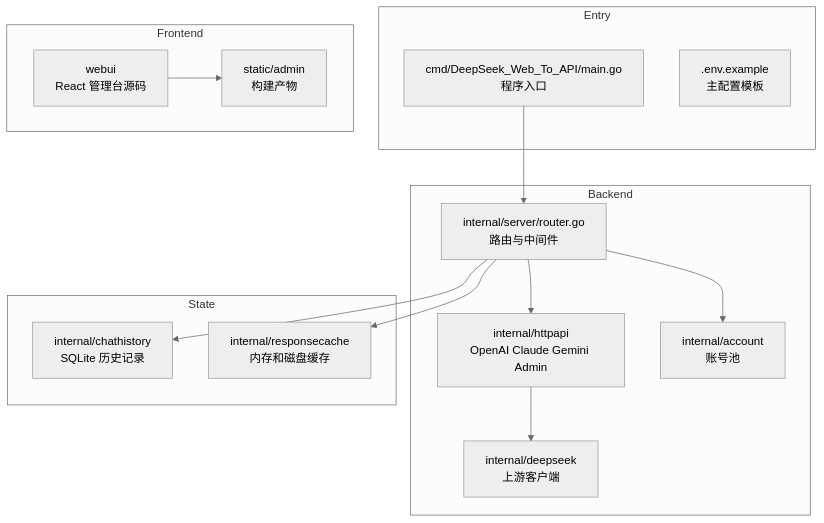
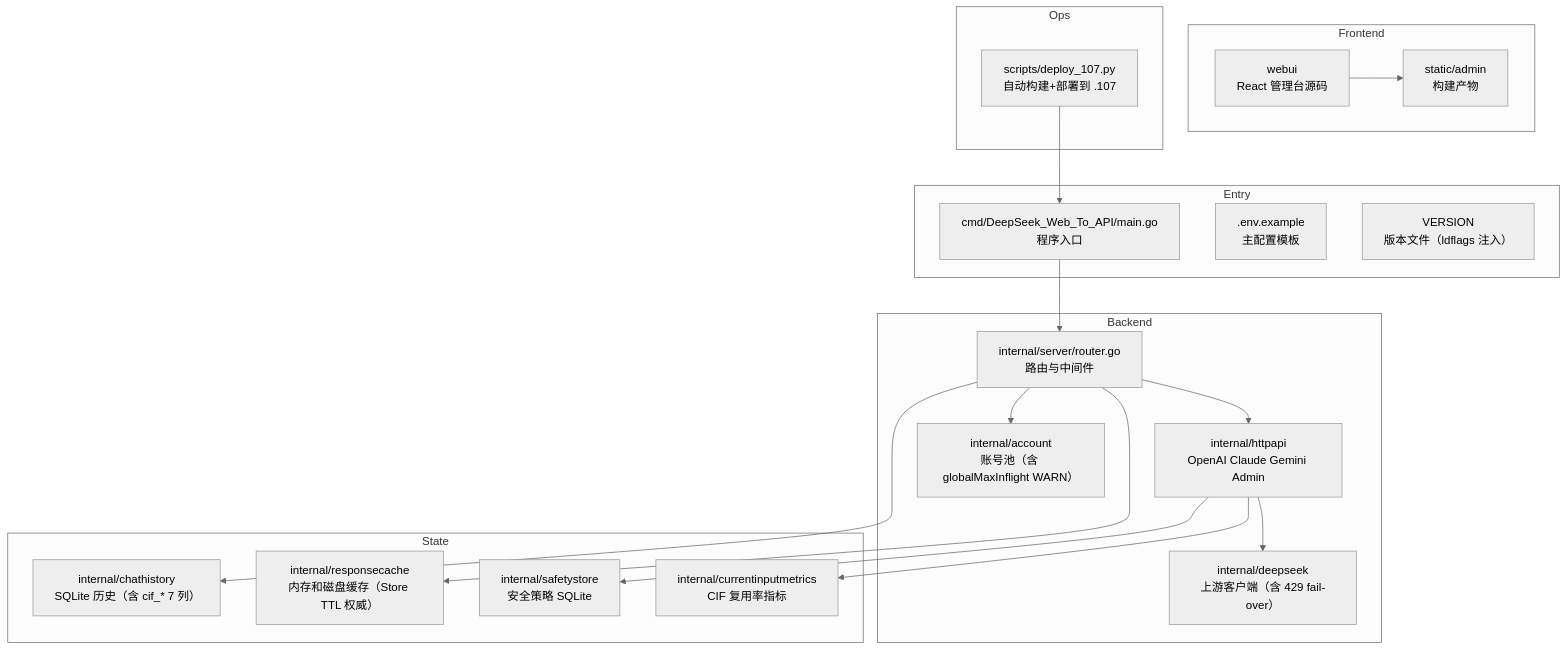
One commit to marklove5102/DeepSeek_Web_To_API changed the first of 2 diagrams in docs/README.md. Above: the diagram before and after it, drawn with Mermaid (neutral theme). The commit also changed other lines of this file and 2 other files, not shown here.

````diff
--- a/docs/README.md
+++ b/docs/README.md
@@ -42,28 +55,37 @@
 ```mermaid
 graph TB
 subgraph "Entry"
 MAIN["cmd/DeepSeek_Web_To_API/main.go<br/>程序入口"]
 CONFIG[".env.example<br/>主配置模板"]
+VERSION["VERSION<br/>版本文件（ldflags 注入）"]
 end
 subgraph "Backend"
 SERVER["internal/server/router.go<br/>路由与中间件"]
 HTTPAPI["internal/httpapi<br/>OpenAI Claude Gemini Admin"]
-DEEPSEEK["internal/deepseek<br/>上游客户端"]
-ACCOUNT["internal/account<br/>账号池"]
+DEEPSEEK["internal/deepseek<br/>上游客户端（含 429 fail-over）"]
+ACCOUNT["internal/account<br/>账号池（含 globalMaxInflight WARN）"]
 end
 subgraph "State"
-HISTORY["internal/chathistory<br/>SQLite 历史记录"]
-CACHE["internal/responsecache<br/>内存和磁盘缓存"]
+HISTORY["internal/chathistory<br/>SQLite 历史（含 cif_* 7 列）"]
+CACHE["internal/responsecache<br/>内存和磁盘缓存（Store TTL 权威）"]
+SAFETY["internal/safetystore<br/>安全策略 SQLite"]
+CIFMETRICS["internal/currentinputmetrics<br/>CIF 复用率指标"]
 end
 subgraph "Frontend"
 WEBUI["webui<br/>React 管理台源码"]
 STATIC["static/admin<br/>构建产物"]
+end
+subgraph "Ops"
+DEPLOY["scripts/deploy_107.py<br/>自动构建+部署到 .107"]
 end
 MAIN --> SERVER
 SERVER --> HTTPAPI
 SERVER --> ACCOUNT
 SERVER --> HISTORY
 SERVER --> CACHE
 HTTPAPI --> DEEPSEEK
+HTTPAPI --> SAFETY
+HTTPAPI --> CIFMETRICS
 WEBUI --> STATIC
+DEPLOY --> MAIN
 ```
````
